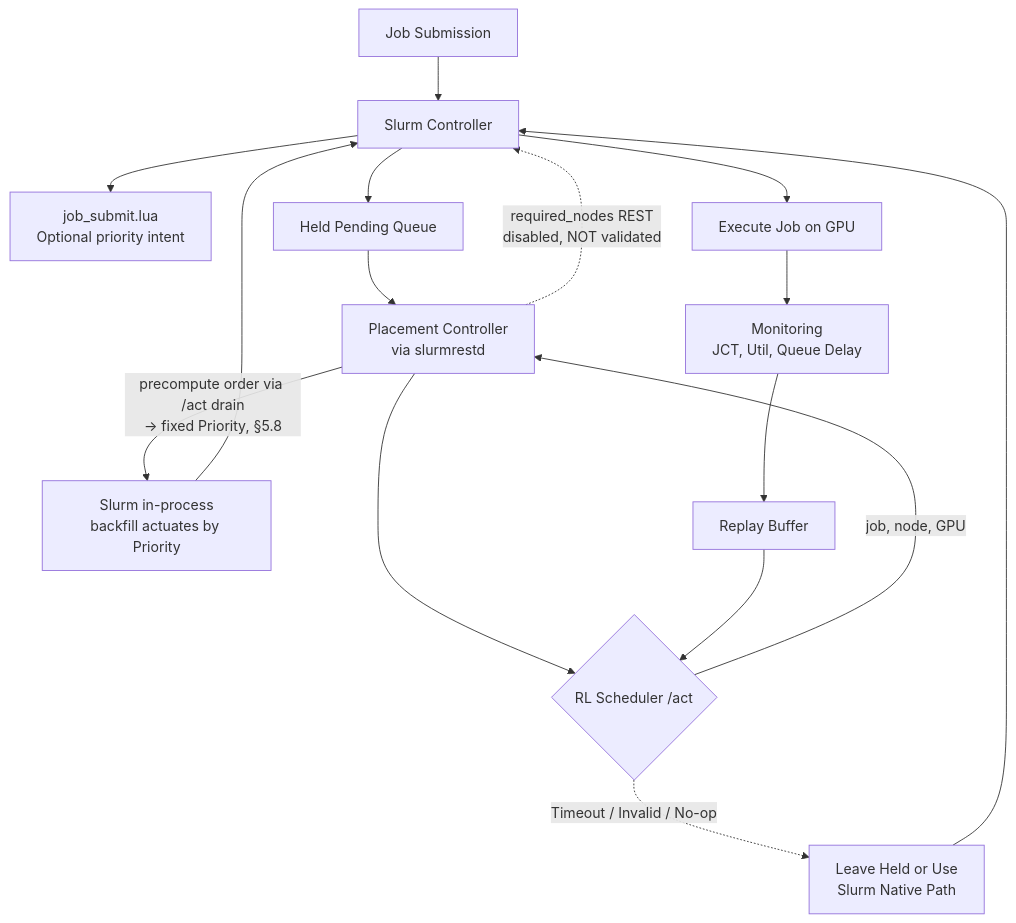
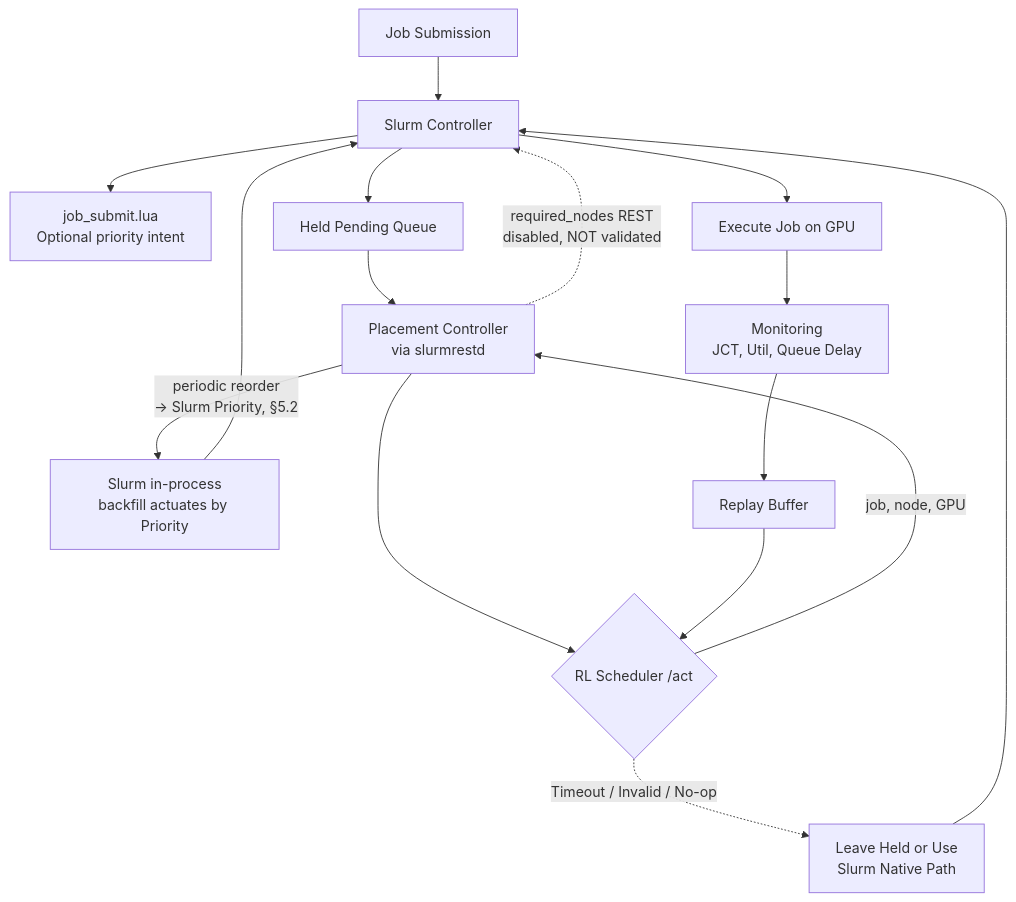
One commit to SoWiEee/Kelpflux changed the diagram in docs/paper.md. Above: the diagram before and after it, drawn with Mermaid. The commit also changed other lines of this file, not shown here.

````diff
--- a/docs/paper.md
+++ b/docs/paper.md
@@ -170,18 +170,18 @@
 ```mermaid
 flowchart TD
     A[Job Submission] --> B[Slurm Controller]
     B --> C[job_submit.lua<br/>Optional priority intent]
     B --> D[Held Pending Queue]
     D --> E[Placement Controller<br/>via slurmrestd]
     E --> F{RL Scheduler /act}
     F -->|job, node, GPU| E
     E -.->|required_nodes REST<br/>disabled, NOT validated| B
-    E -->|precompute order via /act drain<br/>→ fixed Priority, §5.8| K[Slurm in-process<br/>backfill actuates by Priority]
+    E -->|periodic reorder<br/>→ Slurm Priority, §5.2| K[Slurm in-process<br/>backfill actuates by Priority]
     K --> B
     B --> G[Execute Job on GPU]
     G --> H[Monitoring<br/>JCT, Util, Queue Delay]
     H --> I[Replay Buffer]
     I --> F
     F -.->|Timeout / Invalid / No-op| J[Leave Held or Use<br/>Slurm Native Path]
     J --> B
 ```
````
